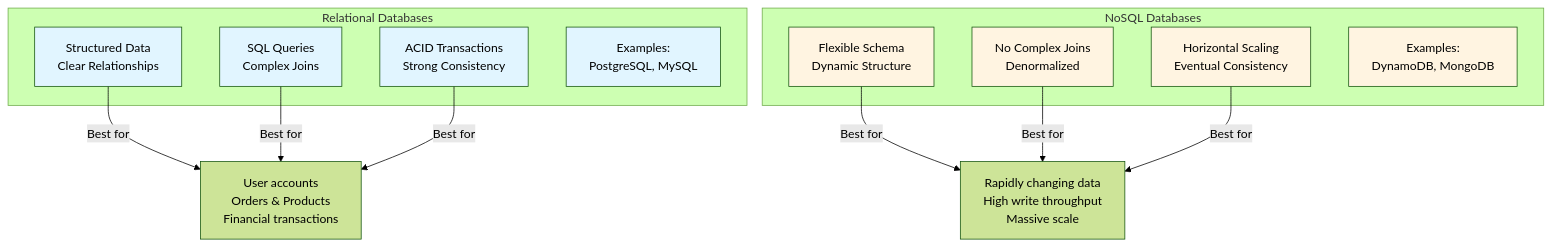
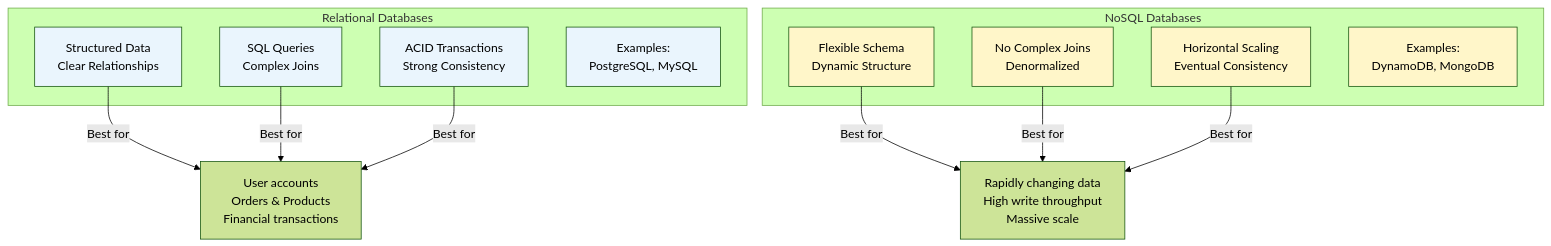
The fifth of 34 diagrams in LLD/CoreConcepts/CoreConcepts.md (cartmancodes/InterviewVault), drawn with Mermaid (forest theme) before and after one commit. The commit also changed other lines of this file and 679 other files, not shown here.

Commit message:
Unify content diagrams and add accessible visual walkthroughs

````diff
--- a/LLD/CoreConcepts/CoreConcepts.md
+++ b/LLD/CoreConcepts/CoreConcepts.md
@@ -223,28 +223,28 @@
 ```mermaid
 graph TB
     subgraph "Relational Databases"
         R1[Structured Data<br/>Clear Relationships]
         R2[SQL Queries<br/>Complex Joins]
         R3[ACID Transactions<br/>Strong Consistency]
         R4[Examples:<br/>PostgreSQL, MySQL]
     end
     
     subgraph "NoSQL Databases"
         N1[Flexible Schema<br/>Dynamic Structure]
         N2[No Complex Joins<br/>Denormalized]
         N3[Horizontal Scaling<br/>Eventual Consistency]
         N4[Examples:<br/>DynamoDB, MongoDB]
     end
     
     R1 & R2 & R3 -->|Best for| UC1[User accounts<br/>Orders & Products<br/>Financial transactions]
     N1 & N2 & N3 -->|Best for| UC2[Rapidly changing data<br/>High write throughput<br/>Massive scale]
     
-    style R1 fill:#e1f5ff
-    style R2 fill:#e1f5ff
-    style R3 fill:#e1f5ff
-    style R4 fill:#e1f5ff
-    style N1 fill:#fff4e1
-    style N2 fill:#fff4e1
-    style N3 fill:#fff4e1
-    style N4 fill:#fff4e1
+    style R1 fill:#EAF5FD
+    style R2 fill:#EAF5FD
+    style R3 fill:#EAF5FD
+    style R4 fill:#EAF5FD
+    style N1 fill:#FFF6C9
+    style N2 fill:#FFF6C9
+    style N3 fill:#FFF6C9
+    style N4 fill:#FFF6C9
 ```
````
